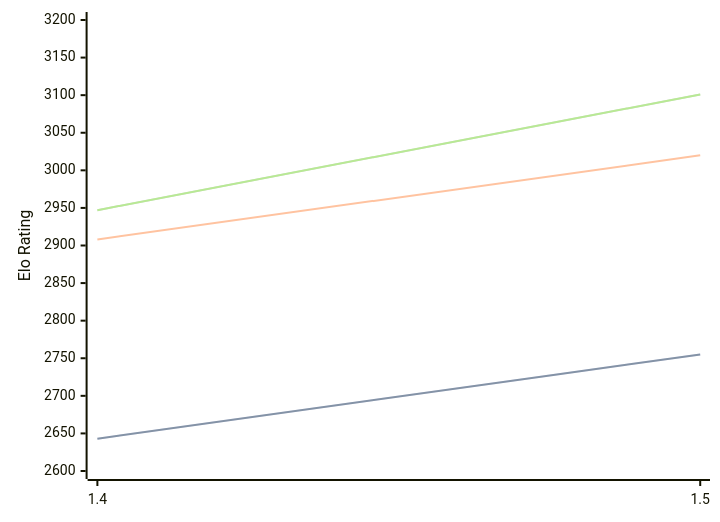
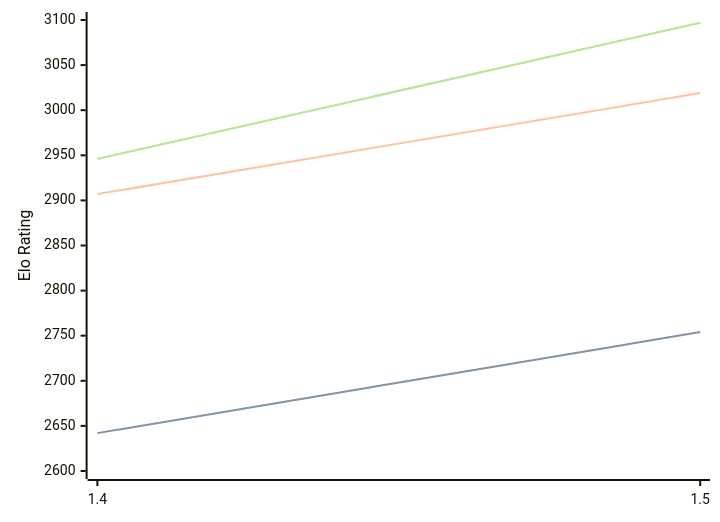
The diagram in engines/Yakka.md (computer-chess-index/cci), drawn with Mermaid before and after one commit. The commit also changed other lines of this file, not shown here.

Commit message:
Update CCI Ratings (ELO VLTC) - 2026-06-07

````diff
--- a/engines/Yakka.md
+++ b/engines/Yakka.md
@@ -36,11 +36,11 @@
 ```mermaid
 %%{init: {"theme":"base","themeVariables":{"seriesColors:['#a3a3a3','#222221','#faa371']}}}%%
 xychart-beta
   x-axis ["1.4", "1.5"]
-  y-axis "Elo Rating" 2600 --> 3200
-  line "STC (8.0+0.08s)" [2643, 2755]
-  line "STC (8.0+0.08s)" [2643, 2755]
-  line "LTC (60.0+0.60s)" [2908, 3020]
-  line "VLTC (2m24s+1.12s)" [2947, 3101]
-  line "VLTC (2m24s+1.12s)" [2947, 3101]
+  y-axis "Elo Rating" 2600 --> 3100
+  line "STC (8.0+0.08s)" [2642, 2754]
+  line "STC (8.0+0.08s)" [2642, 2754]
+  line "LTC (60.0+0.60s)" [2907, 3019]
+  line "VLTC (2m24s+1.12s)" [2946, 3097]
+  line "VLTC (2m24s+1.12s)" [2946, 3097]
 ```
````
